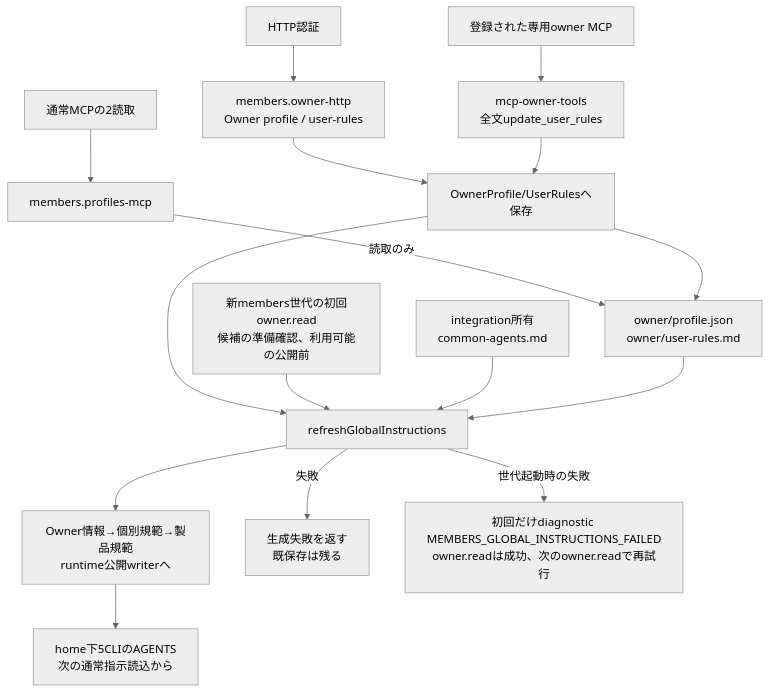
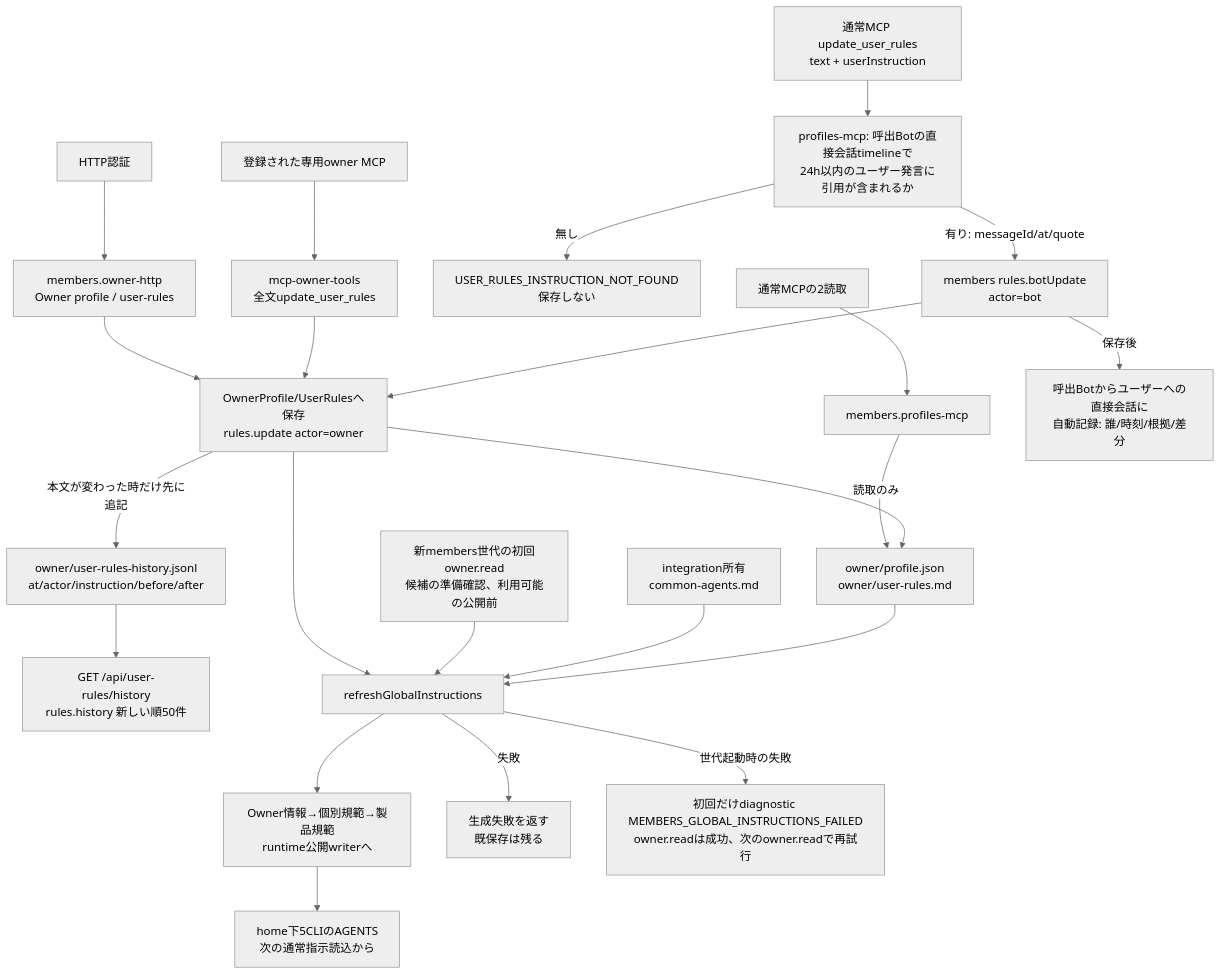
Before and after one commit to kitepon/BellTeam: the first of 3 diagrams in docs/architecture/modules/members/instructions.md, drawn with Mermaid (neutral theme). The commit also changed other lines of this file and 16 other files, not shown here.

First line of the commit message:
members: let Bots update user rules only on the user's explicit instruction

````diff
--- a/docs/architecture/modules/members/instructions.md
+++ b/docs/architecture/modules/members/instructions.md
@@ -5,18 +5,25 @@
 ```mermaid
 flowchart TD
   Http["HTTP認証"] --> Owner["members.owner-http<br/>Owner profile / user-rules"]
   Read["通常MCPの2読取"] --> Member["members.profiles-mcp"]
+  BotWrite["通常MCP update_user_rules<br/>text + userInstruction"] --> Proof["profiles-mcp: 呼出Botの直接会話timelineで<br/>24h以内のユーザー発言に引用が含まれるか"]
+  Proof -->|"無し"| Refused["USER_RULES_INSTRUCTION_NOT_FOUND<br/>保存しない"]
+  Proof -->|"有り: messageId/at/quote"| BotSave["members rules.botUpdate<br/>actor=bot"]
   Dedicated["登録された専用owner MCP"] --> Rules["mcp-owner-tools<br/>全文update_user_rules"]
-  Owner --> Save["OwnerProfile/UserRulesへ保存"]
+  Owner --> Save["OwnerProfile/UserRulesへ保存<br/>rules.update actor=owner"]
   Rules --> Save
+  BotSave --> Save
   Member -->|"読取のみ"| Data["owner/profile.json<br/>owner/user-rules.md"]
+  Save -->|"本文が変わった時だけ先に追記"| History["owner/user-rules-history.jsonl<br/>at/actor/instruction/before/after"]
   Save --> Data
+  History --> HistoryApi["GET /api/user-rules/history<br/>rules.history 新しい順50件"]
+  BotSave -->|"保存後"| Notice["呼出Botからユーザーへの直接会話に<br/>自動記録: 誰/時刻/根拠/差分"]
   Save --> Refresh["refreshGlobalInstructions"]
   Generation["新members世代の初回owner.read<br/>候補の準備確認、利用可能の公開前"] --> Refresh
   Common["integration所有<br/>common-agents.md"] --> Refresh
   Data --> Refresh
   Refresh --> Write["Owner情報→個別規範→製品規範<br/>runtime公開writerへ"]
   Write --> Globals["home下5CLIのAGENTS<br/>次の通常指示読込から"]
   Refresh -->|"失敗"| Failure["生成失敗を返す<br/>既保存は残る"]
   Refresh -->|"世代起動時の失敗"| Diagnostic["初回だけdiagnostic MEMBERS_GLOBAL_INSTRUCTIONS_FAILED<br/>owner.readは成功、次のowner.readで再試行"]
 ```
````
